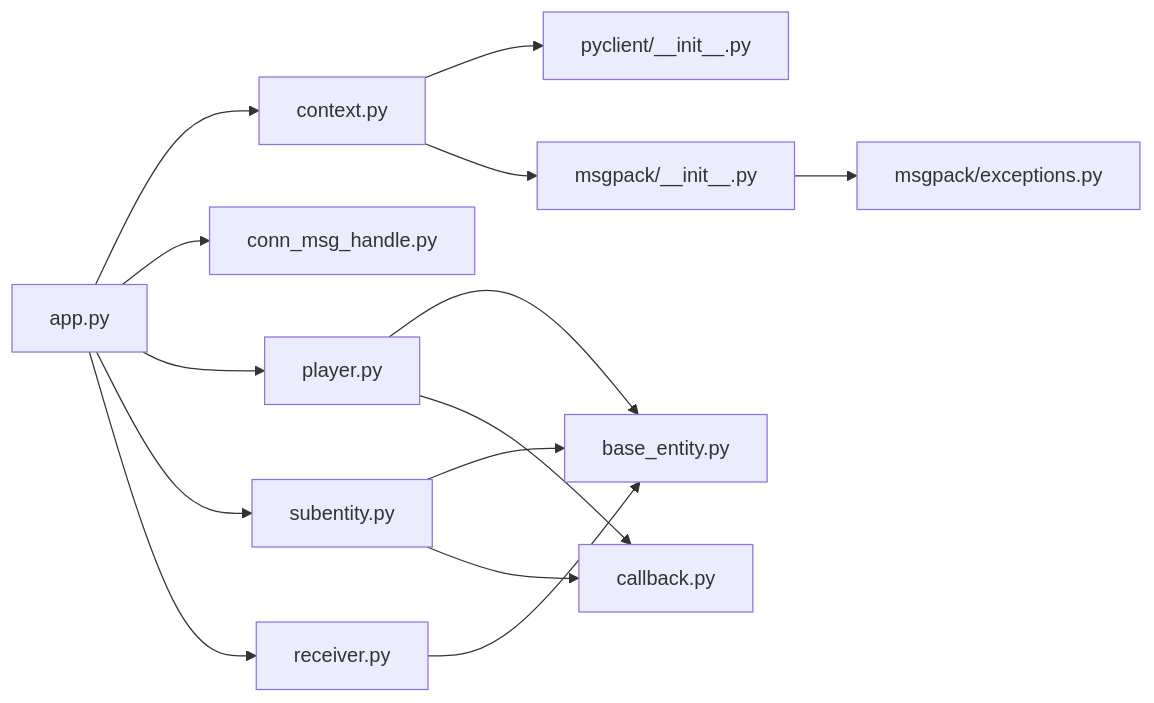
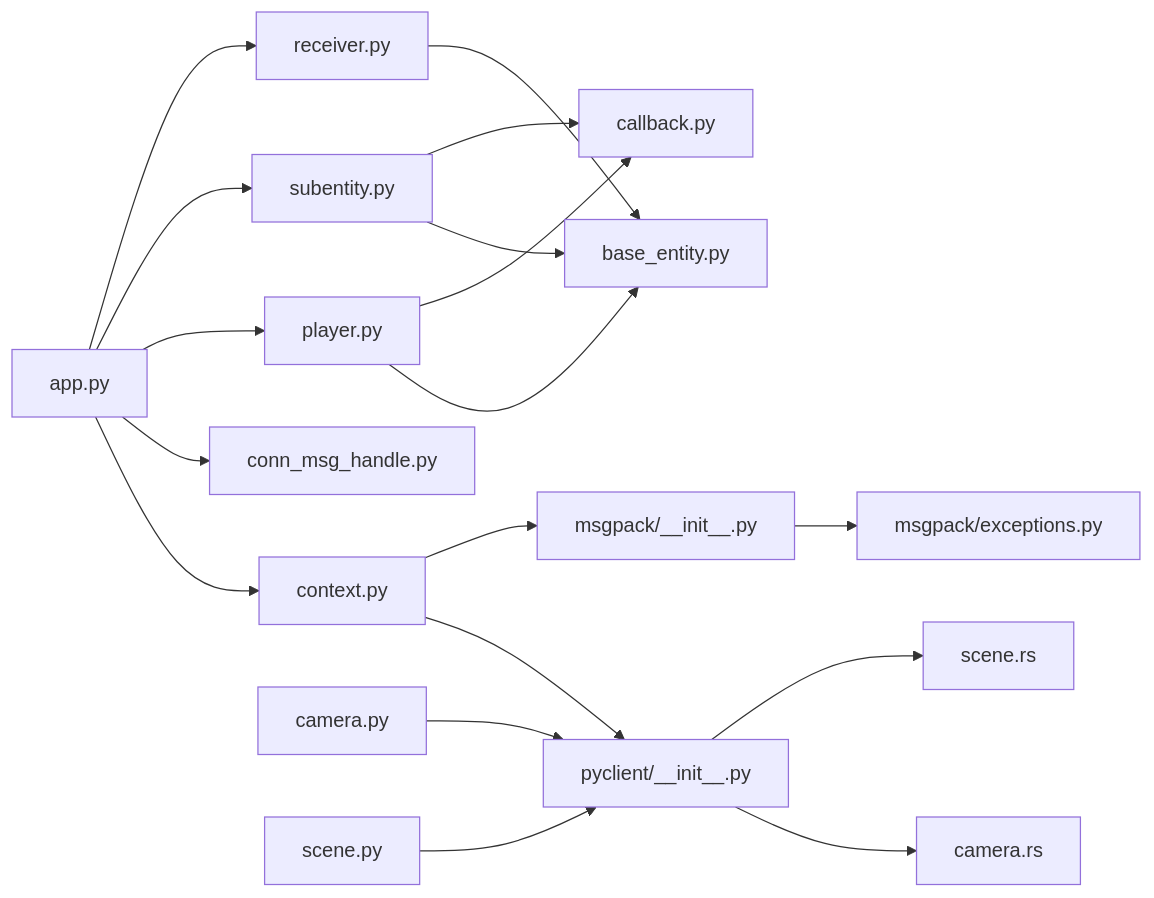
The eighth of 8 diagrams in .qoder/repowiki/zh/content/API 参考/客户端 API/Python 客户端 API.md (qianqians/geese), drawn with Mermaid before and after one commit. The commit also changed other lines of this file and 8 other files, not shown here.

````diff
--- a/.qoder/repowiki/zh/content/API 参考/客户端 API/Python 客户端 API.md
+++ b/.qoder/repowiki/zh/content/API 参考/客户端 API/Python 客户端 API.md
@@ -382,16 +562,20 @@
 ```mermaid
 graph LR
 App["app.py"] --> Ctx["context.py"]
 App --> Cmh["conn_msg_handle.py"]
 App --> PMgr["player.py"]
 App --> SMgr["subentity.py"]
 App --> RMgr["receiver.py"]
 Ctx --> PyC["pyclient/__init__.py"]
 PMgr --> BE["base_entity.py"]
 SMgr --> BE
 RMgr --> BE
 PMgr --> CB["callback.py"]
 SMgr --> CB
 Ctx --> MP["msgpack/__init__.py"]
 MP --> MPEx["msgpack/exceptions.py"]
+Cam["camera.py"] --> PyC
+Scn["scene.py"] --> PyC
+PyC --> CamMod["camera.rs"]
+PyC --> ScnMod["scene.rs"]
 ```
````
